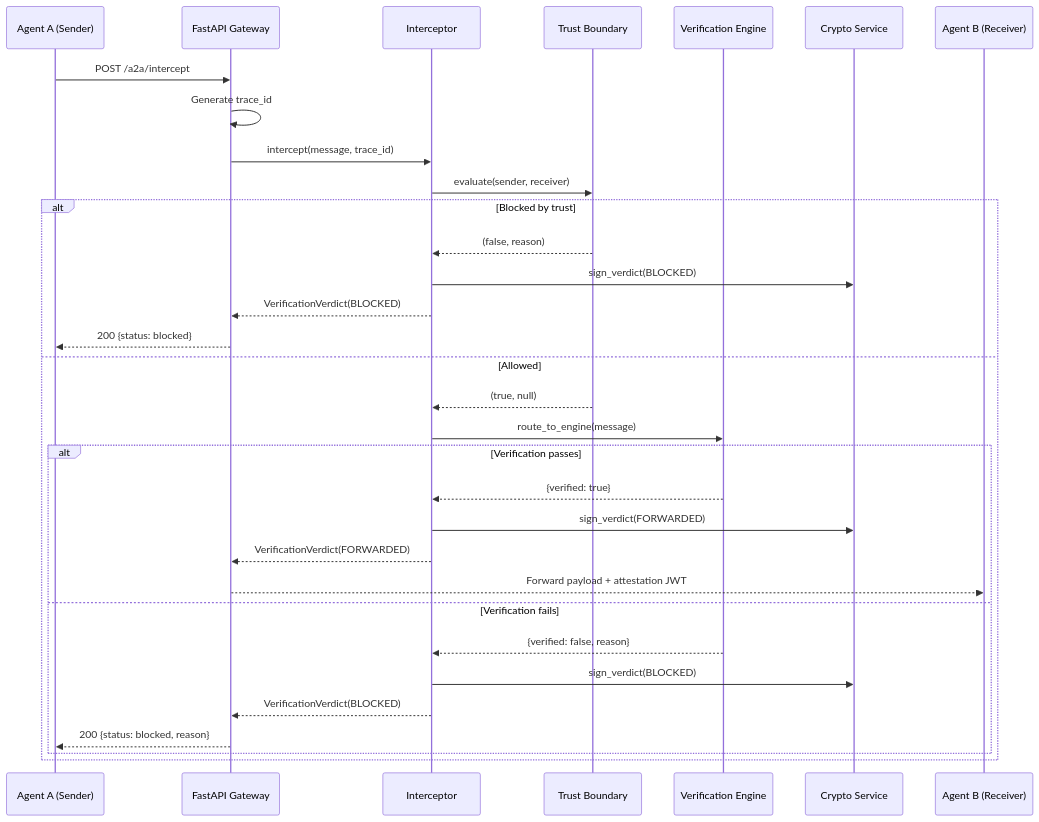
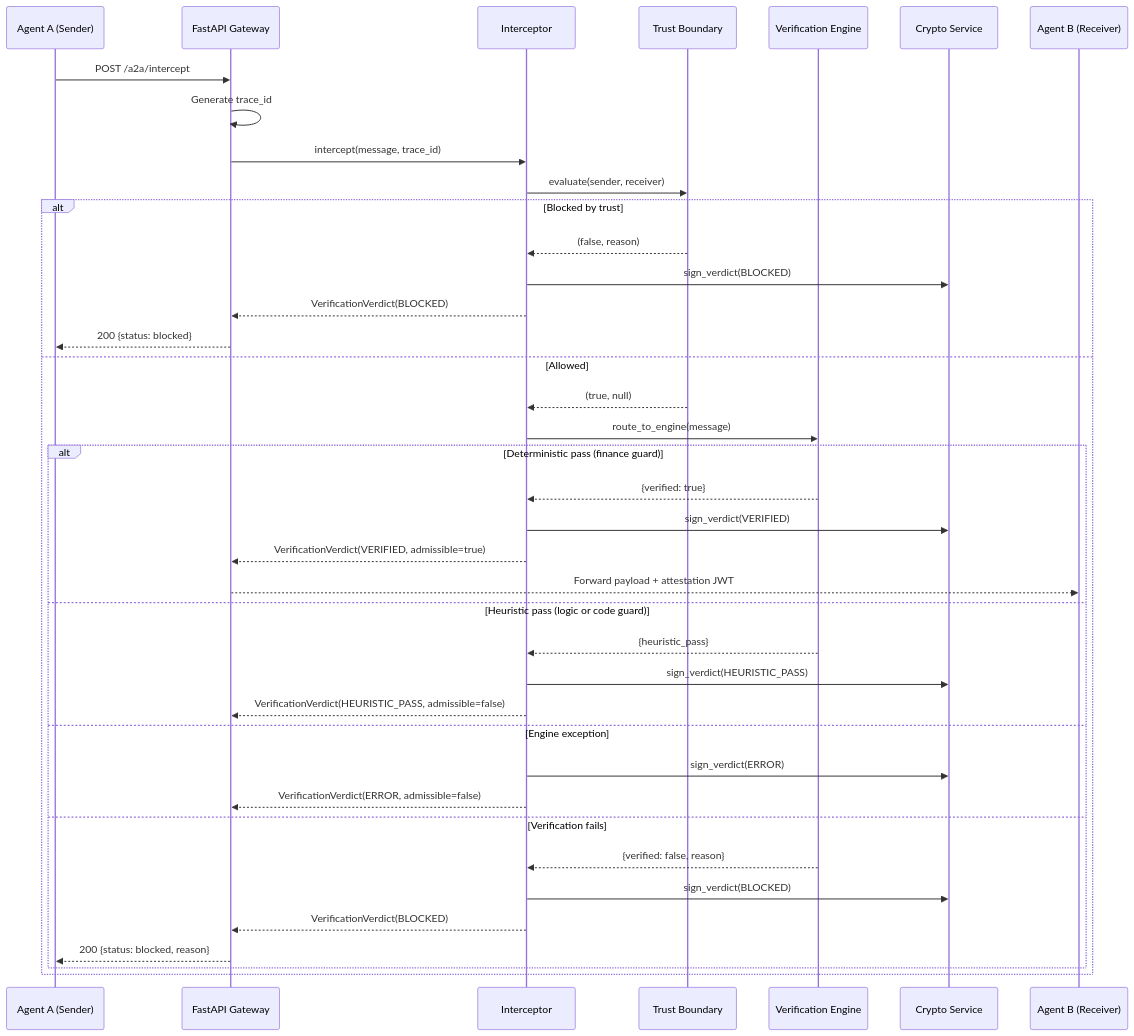
One commit to QWED-AI/docs changed the second of 5 diagrams in a2a/architecture.mdx. Above: the diagram before and after it, drawn with Mermaid. The commit also changed other lines of this file and 6 other files, not shown here.

Commit message:
docs: update QWED-A2A verdict taxonomy, admissibility, and verified rename

````diff
--- a/a2a/architecture.mdx
+++ b/a2a/architecture.mdx
@@ -36,38 +36,45 @@
 ```mermaid
 sequenceDiagram
     participant Sender as Agent A (Sender)
     participant API as FastAPI Gateway
     participant Int as Interceptor
     participant TB as Trust Boundary
     participant Eng as Verification Engine
     participant Crypto as Crypto Service
     participant Recv as Agent B (Receiver)
 
     Sender->>API: POST /a2a/intercept
     API->>API: Generate trace_id
     API->>Int: intercept(message, trace_id)
 
     Int->>TB: evaluate(sender, receiver)
 
     alt Blocked by trust
         TB-->>Int: (false, reason)
         Int->>Crypto: sign_verdict(BLOCKED)
         Int-->>API: VerificationVerdict(BLOCKED)
         API-->>Sender: 200 {status: blocked}
     else Allowed
         TB-->>Int: (true, null)
         Int->>Eng: route_to_engine(message)
 
-        alt Verification passes
+        alt Deterministic pass (finance guard)
             Eng-->>Int: {verified: true}
-            Int->>Crypto: sign_verdict(FORWARDED)
-            Int-->>API: VerificationVerdict(FORWARDED)
+            Int->>Crypto: sign_verdict(VERIFIED)
+            Int-->>API: VerificationVerdict(VERIFIED, admissible=true)
             API-->>Recv: Forward payload + attestation JWT
+        else Heuristic pass (logic or code guard)
+            Eng-->>Int: {heuristic_pass}
+            Int->>Crypto: sign_verdict(HEURISTIC_PASS)
+            Int-->>API: VerificationVerdict(HEURISTIC_PASS, admissible=false)
+        else Engine exception
+            Int->>Crypto: sign_verdict(ERROR)
+            Int-->>API: VerificationVerdict(ERROR, admissible=false)
         else Verification fails
             Eng-->>Int: {verified: false, reason}
             Int->>Crypto: sign_verdict(BLOCKED)
             Int-->>API: VerificationVerdict(BLOCKED)
             API-->>Sender: 200 {status: blocked, reason}
         end
     end
 ```
````
